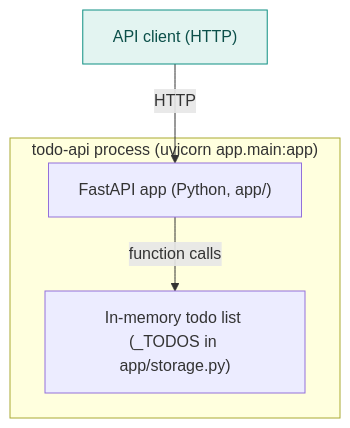
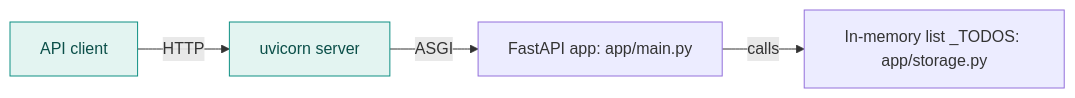
One commit to hxxnn/codemap changed the second of 3 diagrams in examples/python-todo-api/docs/codemap/architecture.md. Above: the diagram before and after it, drawn with Mermaid. The commit also changed other lines of this file and 35 other files, not shown here.

First line of the commit message:
test: regenerate examples with the final diagram rules

````diff
--- a/examples/python-todo-api/docs/codemap/architecture.md
+++ b/examples/python-todo-api/docs/codemap/architecture.md
@@ -28,11 +28,11 @@
 ```mermaid
-flowchart TD
-    n1["API client (HTTP)"]:::external
-    subgraph n2["todo-api process (uvicorn app.main:app)"]
-        n3["FastAPI app (Python, app/)"]
-        n4["In-memory todo list (_TODOS in app/storage.py)"]
-    end
-    n1 -->|"HTTP"| n3
-    n3 -->|"function calls"| n4
+flowchart LR
+    client["API client"]:::external
+    server["uvicorn server"]:::external
+    app["FastAPI app: app/main.py"]
+    mem["In-memory list _TODOS: app/storage.py"]
+    client -->|"HTTP"| server
+    server -->|"ASGI"| app
+    app -->|"calls"| mem
     classDef external fill:#E3F4F1,stroke:#0E8F83,color:#0B4F49
 ```
````
